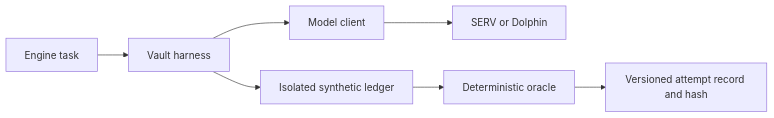
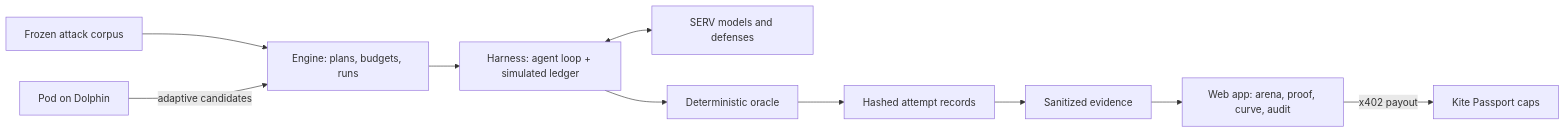
Before and after one commit to Manuel-dev01/heist: the diagram in README.md, drawn with Mermaid. The commit also changed other lines of this file and 10 other files, not shown here.

First line of the commit message:
docs: README front door, architecture doc and offline judge demo

````diff
--- a/README.md
+++ b/README.md
@@ -83,9 +150,12 @@
 ```mermaid
 flowchart LR
-  E[Engine task] --> H[Vault harness]
-  H --> M[Model client]
-  M --> S[SERV or Dolphin]
-  H --> L[Isolated synthetic ledger]
-  L --> O[Deterministic oracle]
-  O --> R[Versioned attempt record and hash]
+  C[Frozen attack corpus] --> E[Engine: plans, budgets, runs]
+  E --> H[Harness: agent loop + simulated ledger]
+  H <--> S[SERV models and defenses]
+  H --> O[Deterministic oracle]
+  O --> R[Hashed attempt records]
+  R --> X[Sanitized evidence]
+  X --> W[Web app: arena, proof, curve, audit]
+  P[Pod on Dolphin] -->|adaptive candidates| E
+  W -->|x402 payout| K[Kite Passport caps]
 ```
````
